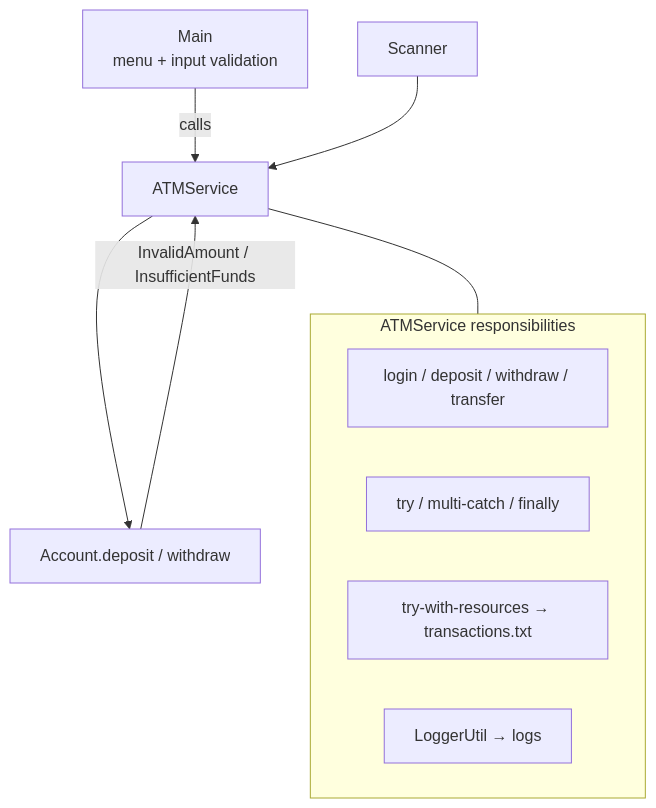
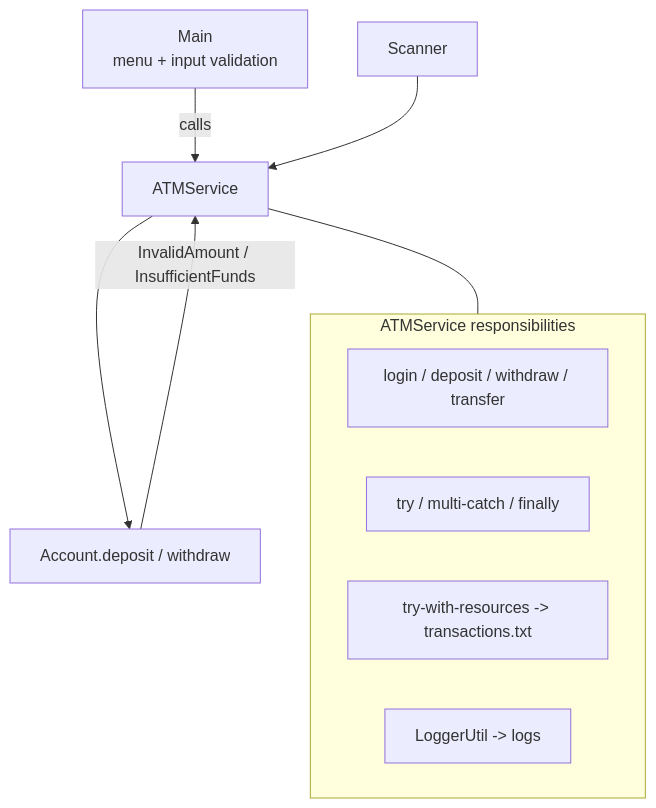
Before and after one commit to pupilliluke/bc-sw-engineer-java-participant: the first of 3 diagrams in labs/Week 1 - Java and JVM Foundations/module-07/lab7/LAB-7-GUIDE.md, drawn with Mermaid. The commit also changed other lines of this file and 55 other files, not shown here.

Commit message:
Stop publishing local screenshots; harden Mermaid for GitHub; sync only tracked lab files.

````diff
--- a/labs/Week 1 - Java and JVM Foundations/module-07/lab7/LAB-7-GUIDE.md
+++ b/labs/Week 1 - Java and JVM Foundations/module-07/lab7/LAB-7-GUIDE.md
@@ -86,14 +86,14 @@
 ```mermaid
 flowchart TB
   Main["Main<br/>menu + input validation"] -->|calls| ATM["ATMService"]
   Scan["Scanner"] --> ATM
   subgraph Ops["ATMService responsibilities"]
     O1["login / deposit / withdraw / transfer"]
     O2["try / multi-catch / finally"]
-    O3["try-with-resources → transactions.txt"]
-    O4["LoggerUtil → logs"]
+    O3["try-with-resources -> transactions.txt"]
+    O4["LoggerUtil -> logs"]
   end
   ATM --- Ops
   ATM --> Acc["Account.deposit / withdraw"]
   Acc -->|InvalidAmount / InsufficientFunds| ATM
 ```
````
